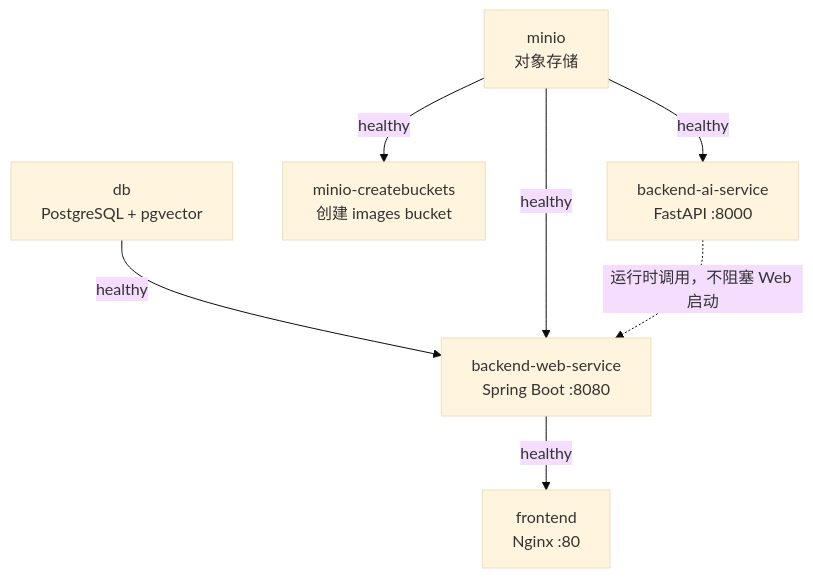
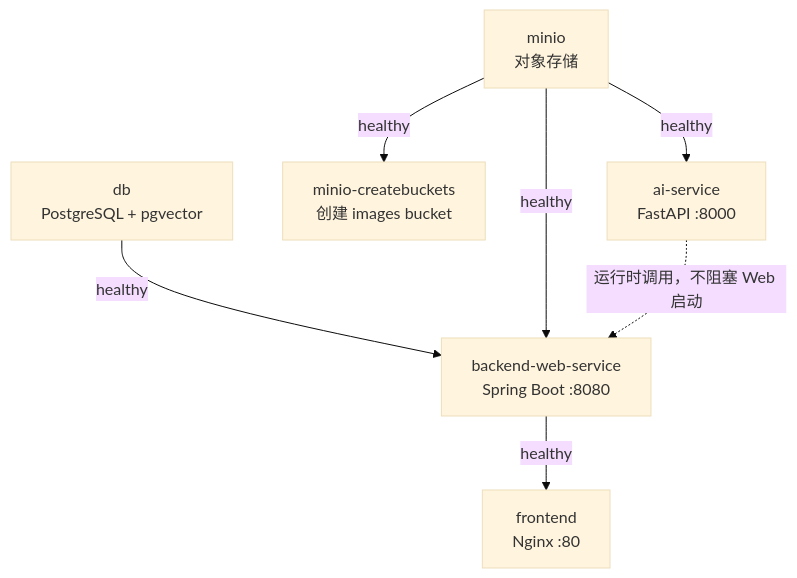
The first of 2 diagrams in docs/deployment.md (tamakara/bakabooru), drawn with Mermaid (base theme) before and after one commit. The commit also changed other lines of this file and 18 other files, not shown here.

````diff
--- a/docs/deployment.md
+++ b/docs/deployment.md
@@ -7,16 +7,16 @@
 ```mermaid
 flowchart TD
     DB["db<br/>PostgreSQL + pgvector"]
     MinIO["minio<br/>对象存储"]
     Init["minio-createbuckets<br/>创建 images bucket"]
-    AI["backend-ai-service<br/>FastAPI :8000"]
+    AI["ai-service<br/>FastAPI :8000"]
     Web["backend-web-service<br/>Spring Boot :8080"]
     Front["frontend<br/>Nginx :80"]
 
     MinIO -->|"healthy"| Init
     MinIO -->|"healthy"| AI
     DB -->|"healthy"| Web
     MinIO -->|"healthy"| Web
     Web -->|"healthy"| Front
     AI -.->|"运行时调用，不阻塞 Web 启动"| Web
 ```
````
